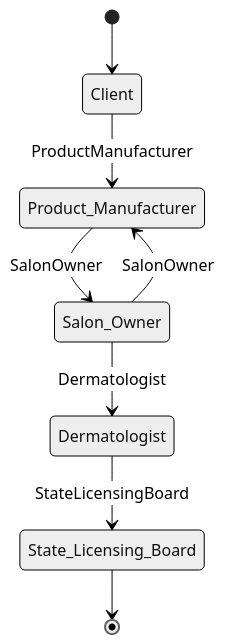
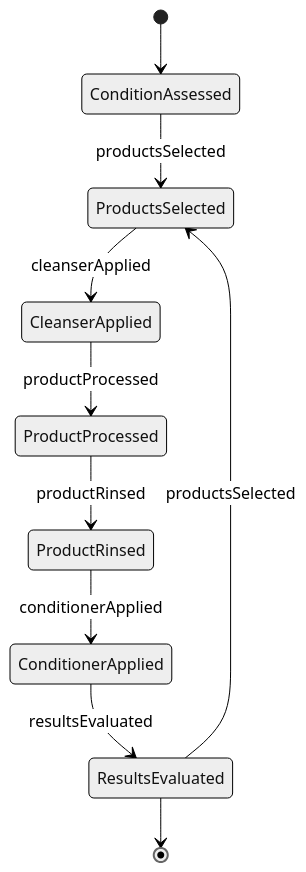
The second of 4 diagrams in HandlingAndMovingObjects/ApplyHygienicOrCosmeticAgentsToSkinOrHair/ApplyCleansingConditioningAgentsClient.mdx (dot-org-ai/tasks.org.ai), drawn with Mermaid (neutral theme) before and after one commit. The commit also changed other lines of this file and 40 other files, not shown here.

First line of the commit message:
fix: Replace Actor-based ER and State diagrams with Entity/Event-based diagrams in 41 HandlingAndMovingObjects DWA files

````diff
--- a/HandlingAndMovingObjects/ApplyHygienicOrCosmeticAgentsToSkinOrHair/ApplyCleansingConditioningAgentsClient.mdx
+++ b/HandlingAndMovingObjects/ApplyHygienicOrCosmeticAgentsToSkinOrHair/ApplyCleansingConditioningAgentsClient.mdx
@@ -101,10 +100,12 @@
 ```mermaid
 stateDiagram-v2
-    [*] --> Client
-    Client --> Product_Manufacturer: ProductManufacturer
-    Product_Manufacturer --> Salon_Owner: SalonOwner
-    Salon_Owner --> Dermatologist: Dermatologist
-    Dermatologist --> State_Licensing_Board: StateLicensingBoard
-    Salon_Owner --> Product_Manufacturer: SalonOwner
-    State_Licensing_Board --> [*]
+    [*] --> ConditionAssessed
+    ConditionAssessed --> ProductsSelected : productsSelected
+    ProductsSelected --> CleanserApplied : cleanserApplied
+    CleanserApplied --> ProductProcessed : productProcessed
+    ProductProcessed --> ProductRinsed : productRinsed
+    ProductRinsed --> ConditionerApplied : conditionerApplied
+    ConditionerApplied --> ResultsEvaluated : resultsEvaluated
+    ResultsEvaluated --> ProductsSelected : productsSelected
+    ResultsEvaluated --> [*]
 ```
````
